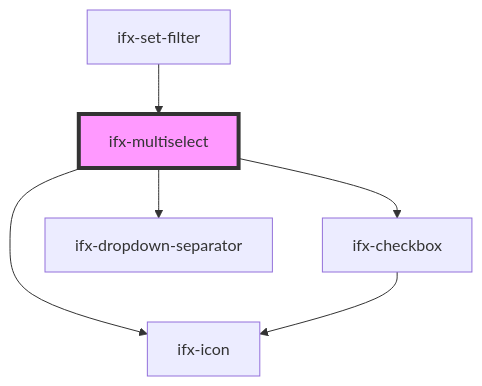
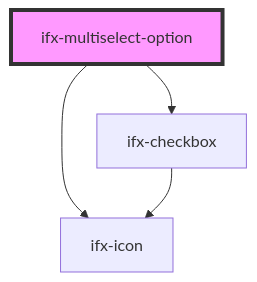
The diagram in packages/components/src/components/select/multi-select/readme.md (Infineon/infineon-design-system-stencil), drawn with Mermaid before and after one commit. The commit also changed other lines of this file and 12 other files, not shown here.

````diff
--- a/packages/components/src/components/select/multi-select/readme.md
+++ b/packages/components/src/components/select/multi-select/readme.md
@@ -48,9 +26,7 @@
 ```mermaid
 graph TD;
-  ifx-multiselect --> ifx-icon
-  ifx-multiselect --> ifx-checkbox
-  ifx-multiselect --> ifx-dropdown-separator
+  ifx-multiselect-option --> ifx-icon
+  ifx-multiselect-option --> ifx-checkbox
   ifx-checkbox --> ifx-icon
-  ifx-set-filter --> ifx-multiselect
-  style ifx-multiselect fill:#f9f,stroke:#333,stroke-width:4px
+  style ifx-multiselect-option fill:#f9f,stroke:#333,stroke-width:4px
 ```
````
